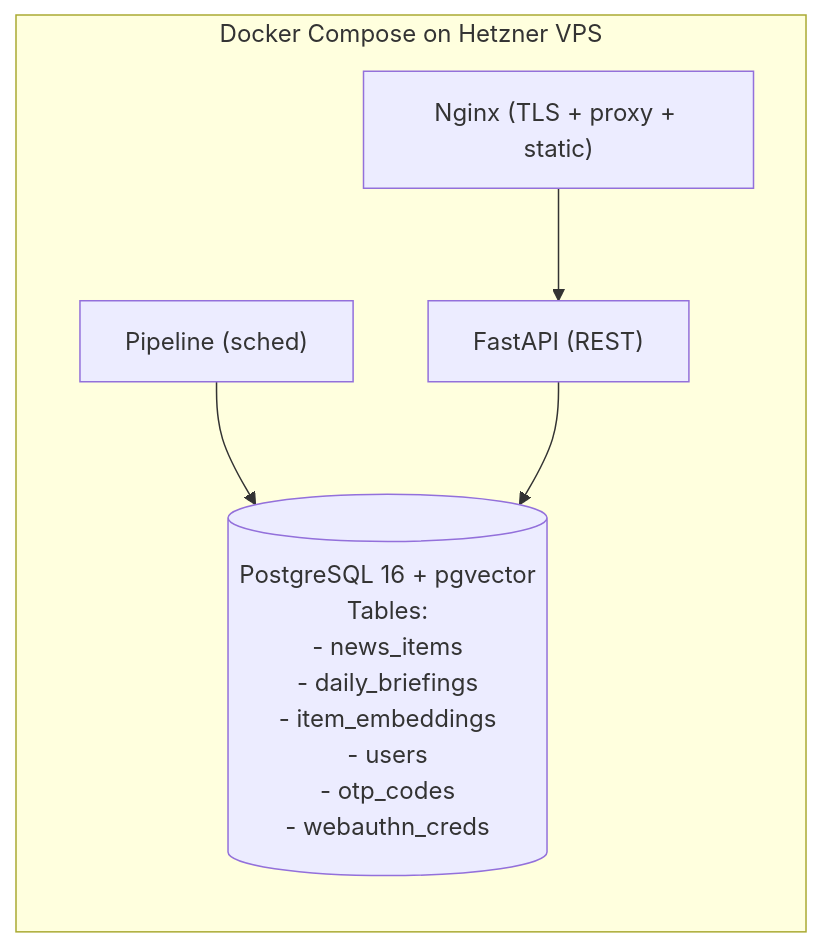
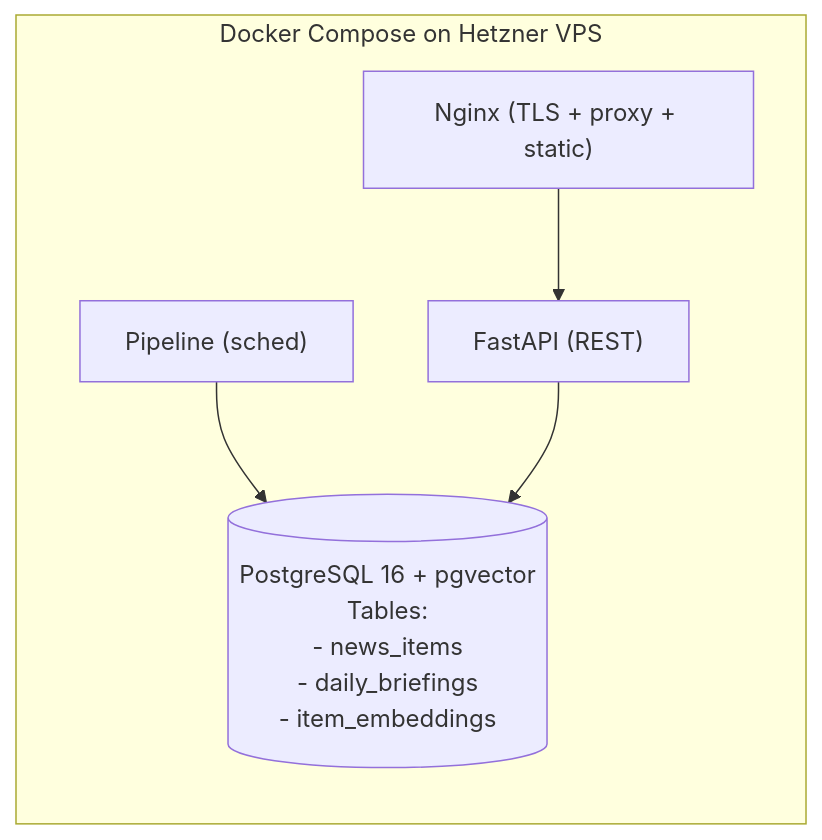
Before and after one commit to pguerrerolinares/ai-news-platform: the first of 2 diagrams in AGENTS.md, drawn with Mermaid. The commit also changed other lines of this file and 1 other file, not shown here.

````diff
--- a/AGENTS.md
+++ b/AGENTS.md
@@ -21,12 +21,12 @@
 ```mermaid
 flowchart LR
     subgraph VPS["Docker Compose on Hetzner VPS"]
         Nginx["Nginx (TLS + proxy + static)"]
         Pipeline["Pipeline (sched)"]
         FastAPI["FastAPI (REST)"]
-        DB[("PostgreSQL 16 + pgvector<br/>Tables:<br/>- news_items<br/>- daily_briefings<br/>- item_embeddings<br/>- users<br/>- otp_codes<br/>- webauthn_creds")]
+        DB[("PostgreSQL 16 + pgvector<br/>Tables:<br/>- news_items<br/>- daily_briefings<br/>- item_embeddings")]
         Nginx --> FastAPI
         Pipeline --> DB
         FastAPI --> DB
     end
 ```
````
